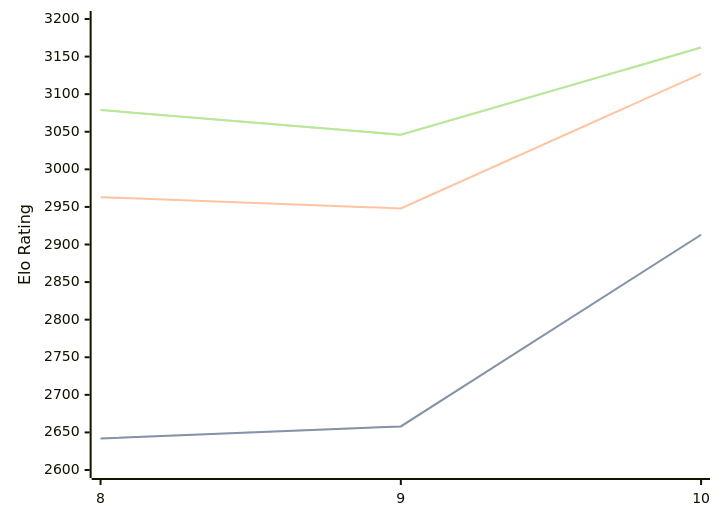
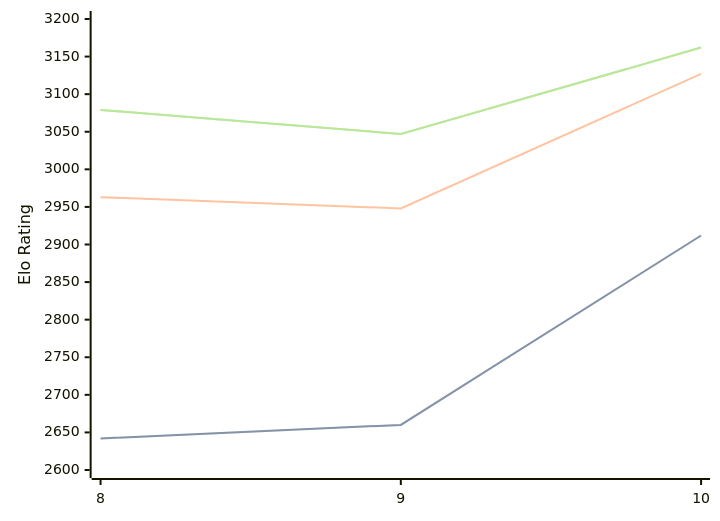
The diagram in engines/Lozza.md (computer-chess-index/cci), drawn with Mermaid before and after one commit. The commit also changed other lines of this file, not shown here.

Commit message:
Update CCI Ratings (ELO VLTC) - 2026-05-05

````diff
--- a/engines/Lozza.md
+++ b/engines/Lozza.md
@@ -41,11 +41,11 @@
 ```mermaid
 %%{init: {"theme":"base","themeVariables":{"seriesColors:['#a3a3a3','#222221','#faa371']}}}%%
 xychart-beta
   x-axis ["8", "9", "10"]
   y-axis "Elo Rating" 2600 --> 3200
-  line "STC (8.0+0.08s)" [2642, 2658, 2913]
-  line "STC (8.0+0.08s)" [2642, 2658, 2913]
+  line "STC (8.0+0.08s)" [2642, 2660, 2912]
+  line "STC (8.0+0.08s)" [2642, 2660, 2912]
   line "LTC (60.0+0.60s)" [2963, 2948, 3127]
-  line "VLTC (2m24s+1.12s)" [3079, 3046, 3162]
-  line "VLTC (2m24s+1.12s)" [3079, 3046, 3162]
+  line "VLTC (2m24s+1.12s)" [3079, 3047, 3162]
+  line "VLTC (2m24s+1.12s)" [3079, 3047, 3162]
 ```
````
